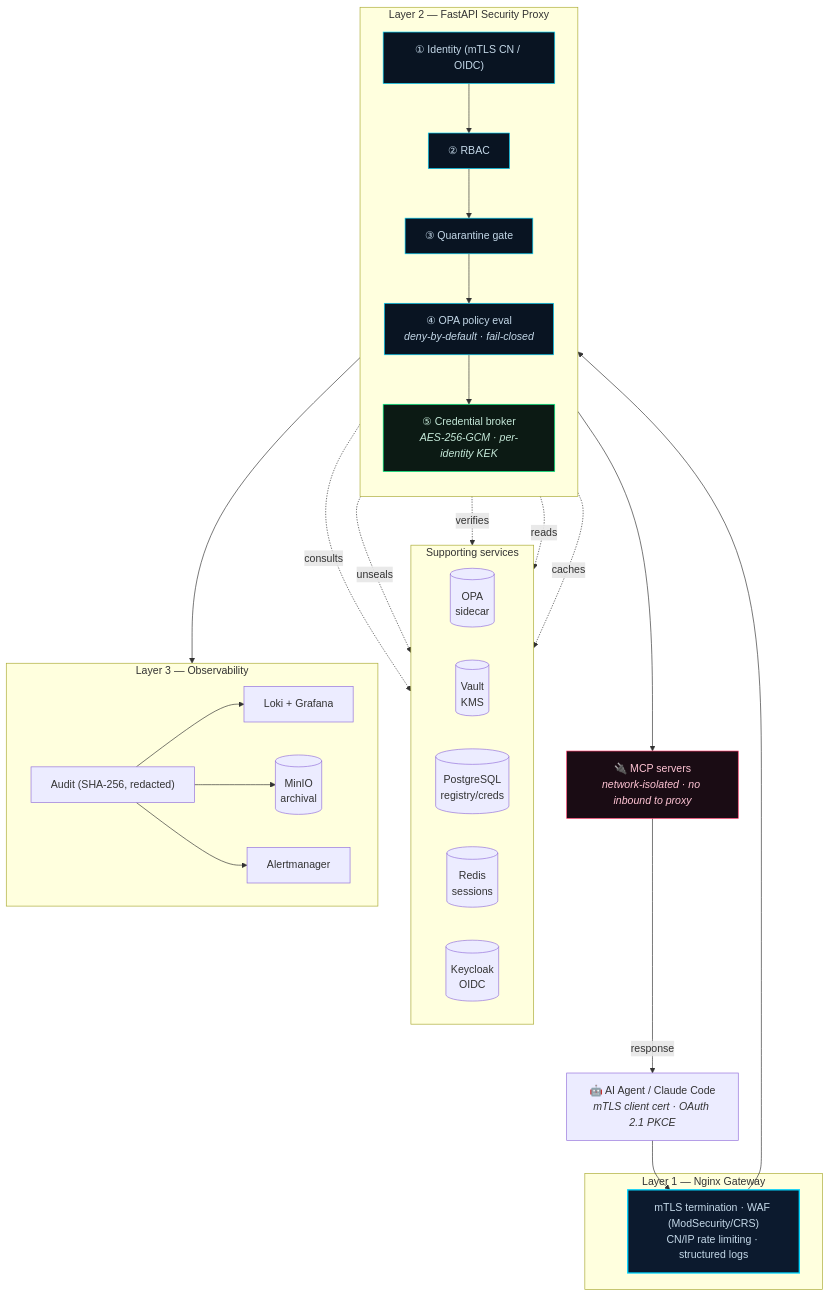
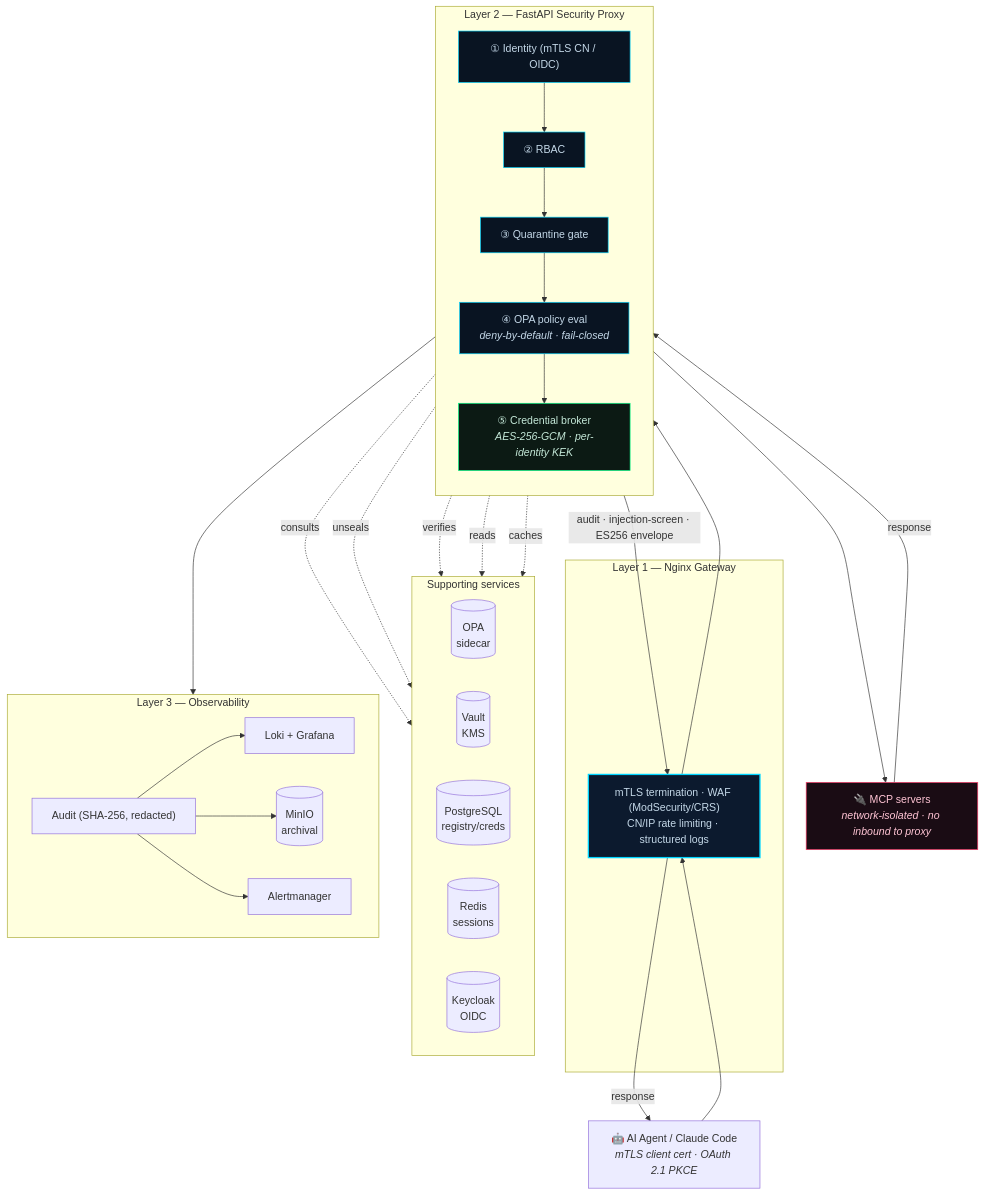
Before and after one commit to webr0ck/mcp-security-platform: the first of 2 diagrams in README.md, drawn with Mermaid. The commit also changed 1 other file, not shown here.

Commit message:
docs: fix flowchart response arrow + add security-critical design callout
- README flowchart: the response arrow drew backends->client, bypassing the
  proxy. The code routes every response back through the proxy (audit-before-
  response, prompt-injection screening, ES256 trust envelope) — matches the
  sequence diagram. Redraw as backends->proxy->gateway->client.
- ARCHITECTURE §1.1: new "Security-critical design — read this first" table
  highlighting the 7 load-bearing invariants (KEK-never-on-disk, deny-by-
  default, trusted-proxy header gate, discovery==invoke, audit-before-response,
  network isolation, signed bundles) with why-dangerous + file pointers.

````diff
--- a/README.md
+++ b/README.md
@@ -67,53 +67,55 @@
 ```mermaid
 flowchart TB
     client["🤖 AI Agent / Claude Code<br/><i>mTLS client cert · OAuth 2.1 PKCE</i>"]
 
     subgraph L1["Layer 1 — Nginx Gateway"]
         gw["mTLS termination · WAF (ModSecurity/CRS)<br/>CN/IP rate limiting · structured logs"]
     end
 
     subgraph L2["Layer 2 — FastAPI Security Proxy"]
         direction TB
         auth["① Identity (mTLS CN / OIDC)"] --> rbac["② RBAC"]
         rbac --> quar["③ Quarantine gate"]
         quar --> opa["④ OPA policy eval<br/><i>deny-by-default · fail-closed</i>"]
         opa --> cred["⑤ Credential broker<br/><i>AES-256-GCM · per-identity KEK</i>"]
     end
 
     subgraph DEPS["Supporting services"]
         direction LR
         opasvc[("OPA<br/>sidecar")]
         vault[("Vault<br/>KMS")]
         pg[("PostgreSQL<br/>registry/creds")]
         redis[("Redis<br/>sessions")]
         idp[("Keycloak<br/>OIDC")]
     end
 
     subgraph L3["Layer 3 — Observability"]
         direction LR
         audit["Audit (SHA-256, redacted)"] --> loki["Loki + Grafana"]
         audit --> minio[("MinIO<br/>archival")]
         audit --> am["Alertmanager"]
     end
 
     backends["🔌 MCP servers<br/><i>network-isolated · no inbound to proxy</i>"]
 
     client --> gw --> auth
     cred --> backends
     opa -. consults .-> opasvc
     cred -. unseals .-> vault
     L2 -. reads .-> pg
     L2 -. caches .-> redis
     auth -. verifies .-> idp
     cred --> audit
-    backends -- response --> client
+    backends -- "response" --> cred
+    cred -- "audit · injection-screen · ES256 envelope" --> gw
+    gw -- "response" --> client
 
     classDef gateway fill:#0c1a2e,stroke:#00d4ff,stroke-width:2px,color:#c4d8e8;
     classDef proxy fill:#091422,stroke:#00d4ff,color:#c4d8e8;
     classDef deny fill:#1a0c14,stroke:#ff3d6b,color:#ffc4d4;
     classDef ok fill:#0c1a14,stroke:#00ff88,color:#c4e8d8;
     class gw gateway;
     class auth,rbac,quar,opa proxy;
     class cred ok;
     class backends deny;
 ```
````
